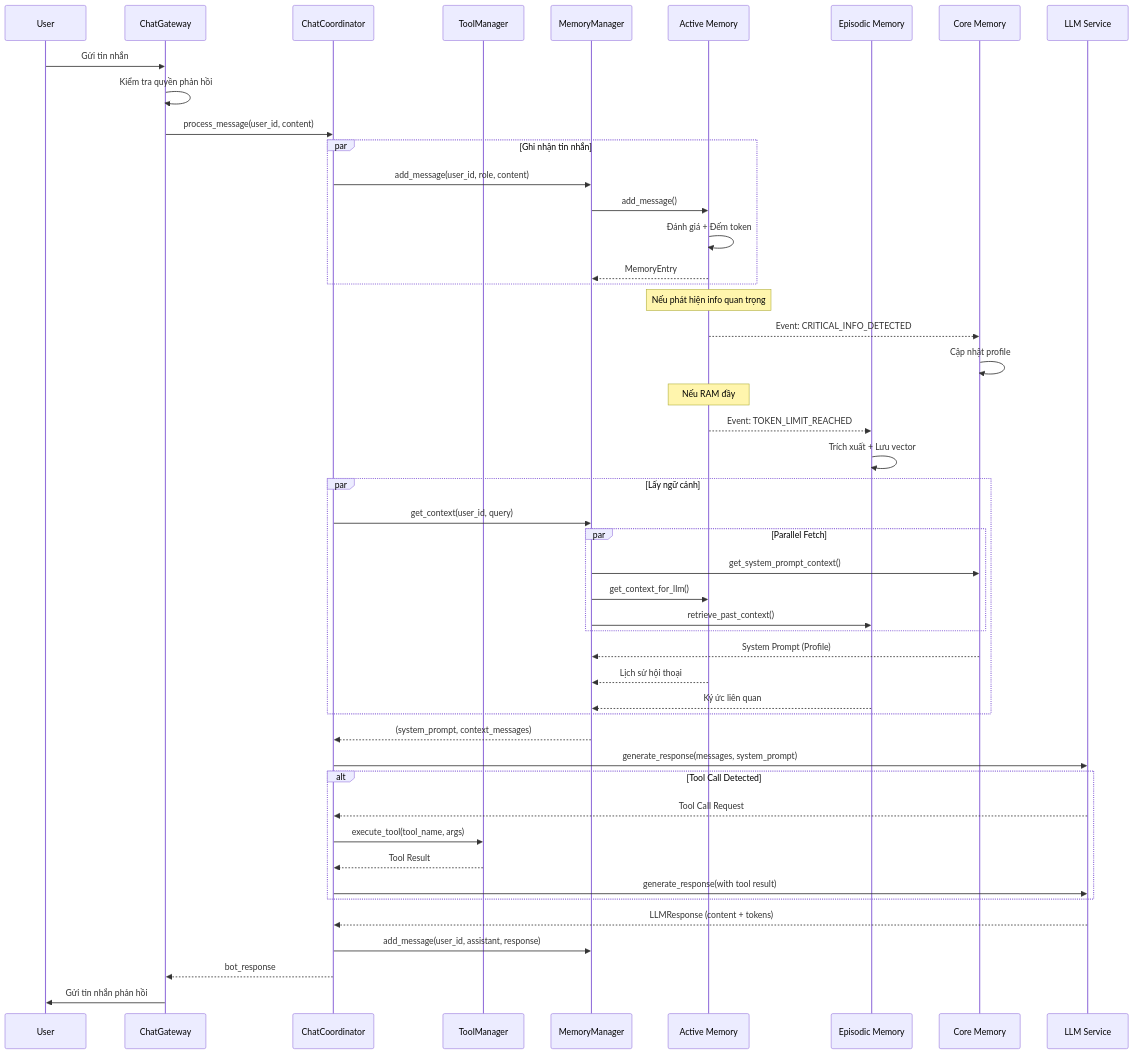
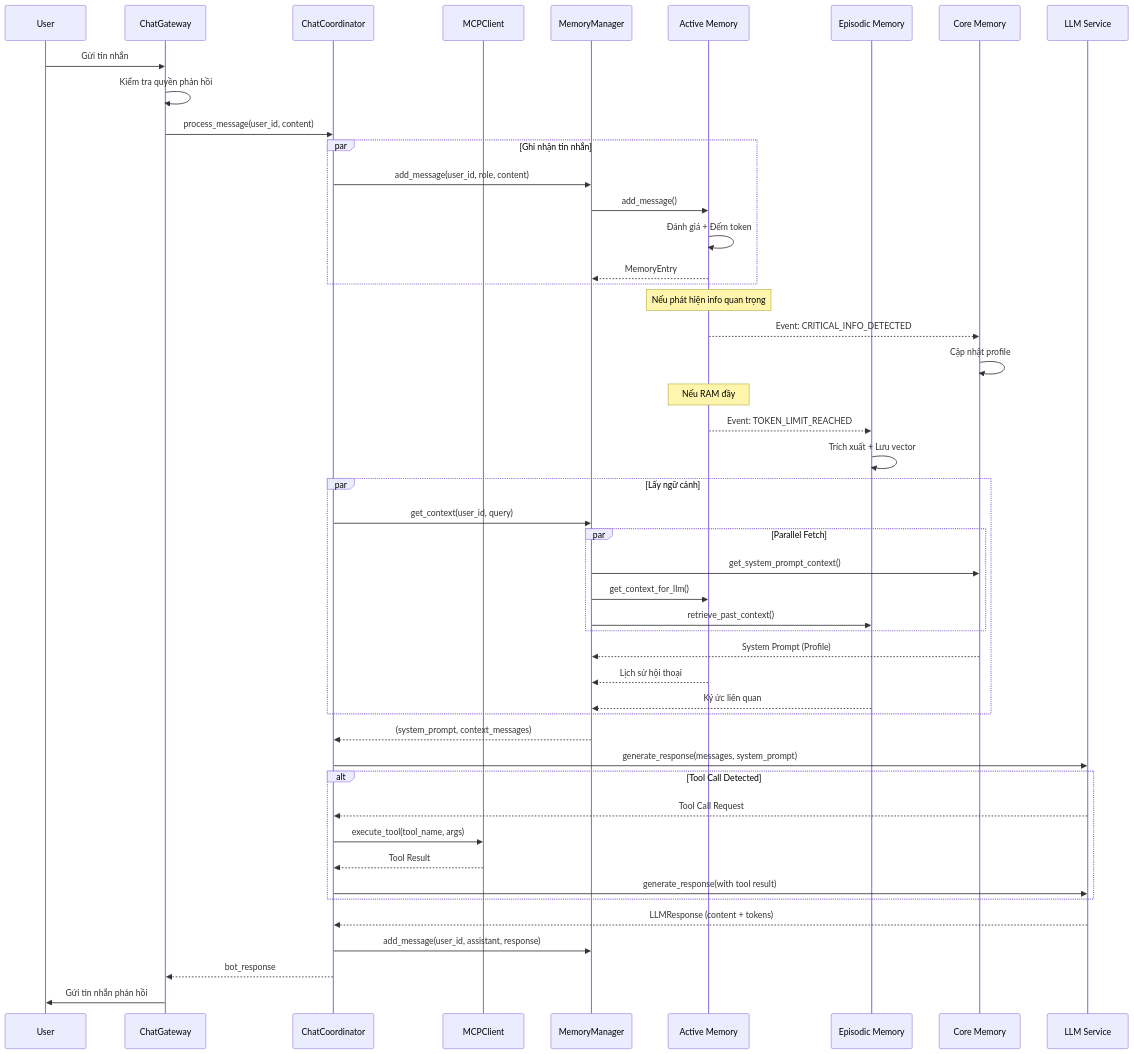
The third of 4 diagrams in README.MD (Flowerf19/Harness_agent), drawn with Mermaid before and after one commit. The commit also changed other lines of this file and 2 other files, not shown here.

Commit message:
refactor: Update tool references from ToolManager to MCPClient in ChatCoordinator and dependencies

````diff
--- a/README.MD
+++ b/README.MD
@@ -160,59 +160,59 @@
 ```mermaid
 sequenceDiagram
     participant U as User
     participant CG as ChatGateway
     participant CC as ChatCoordinator
-    participant TM as ToolManager
+    participant MCP as MCPClient
     participant MM as MemoryManager
     participant T1 as Active Memory
     participant T2 as Episodic Memory
     participant T3 as Core Memory
     participant LLM as LLM Service
     
     U->>CG: Gửi tin nhắn
     CG->>CG: Kiểm tra quyền phản hồi
     CG->>CC: process_message(user_id, content)
     
     par Ghi nhận tin nhắn
         CC->>MM: add_message(user_id, role, content)
         MM->>T1: add_message()
         T1->>T1: Đánh giá + Đếm token
         T1-->>MM: MemoryEntry
     end
     
     Note over T1: Nếu phát hiện info quan trọng
     T1-->>T3: Event: CRITICAL_INFO_DETECTED
     T3->>T3: Cập nhật profile
     
     Note over T1: Nếu RAM đầy
     T1-->>T2: Event: TOKEN_LIMIT_REACHED
     T2->>T2: Trích xuất + Lưu vector
     
     par Lấy ngữ cảnh
         CC->>MM: get_context(user_id, query)
         par Parallel Fetch
             MM->>T3: get_system_prompt_context()
             MM->>T1: get_context_for_llm()
             MM->>T2: retrieve_past_context()
         end
         T3-->>MM: System Prompt (Profile)
         T1-->>MM: Lịch sử hội thoại
         T2-->>MM: Ký ức liên quan
     end
     
     MM-->>CC: (system_prompt, context_messages)
     CC->>LLM: generate_response(messages, system_prompt)
     
     alt Tool Call Detected
         LLM-->>CC: Tool Call Request
-        CC->>TM: execute_tool(tool_name, args)
-        TM-->>CC: Tool Result
+        CC->>MCP: execute_tool(tool_name, args)
+        MCP-->>CC: Tool Result
         CC->>LLM: generate_response(with tool result)
     end
     
     LLM-->>CC: LLMResponse (content + tokens)
     
     CC->>MM: add_message(user_id, assistant, response)
     CC-->>CG: bot_response
     CG->>U: Gửi tin nhắn phản hồi
 ```
````
